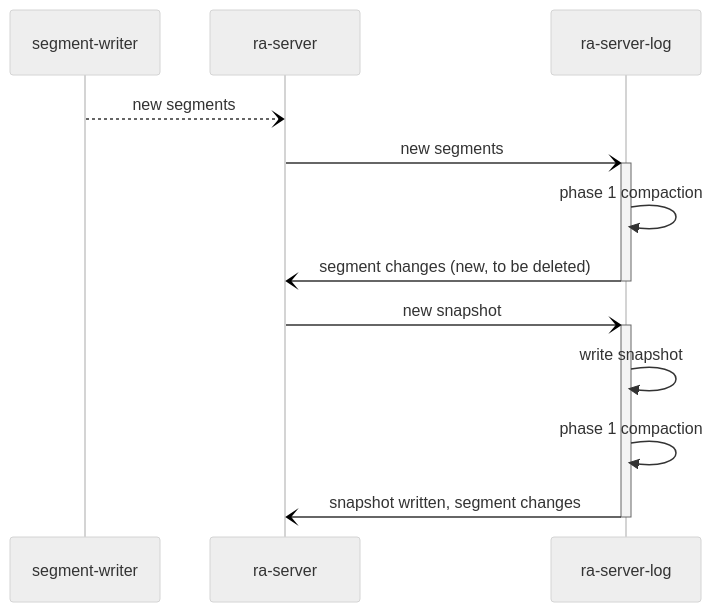
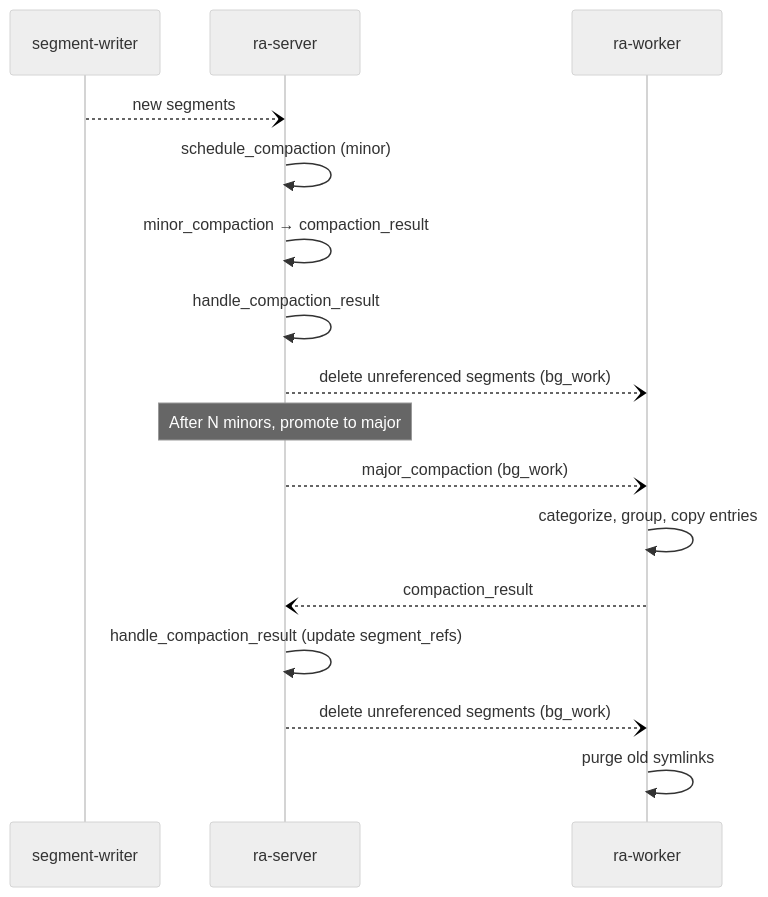
Before and after one commit to rabbitmq/ra: the diagram in docs/internals/COMPACTION.md, drawn with Mermaid (neutral theme). The commit also changed other lines of this file, not shown here.

````diff
--- a/docs/internals/COMPACTION.md
+++ b/docs/internals/COMPACTION.md
@@ -141,15 +204,21 @@
 ```mermaid
 sequenceDiagram
     participant segment-writer
     participant ra-server
-    participant ra-server-log
+    participant ra-worker
 
     segment-writer--)ra-server: new segments
-    ra-server-)+ra-server-log: new segments
-    ra-server-log->>ra-server-log: phase 1 compaction
-    ra-server-log-)-ra-server: segment changes (new, to be deleted)
-    ra-server-)+ra-server-log: new snapshot
-    ra-server-log->>ra-server-log: write snapshot
-    ra-server-log->>ra-server-log: phase 1 compaction
-    ra-server-log-)-ra-server: snapshot written, segment changes
+    ra-server->>ra-server: schedule_compaction (minor)
+    ra-server->>ra-server: minor_compaction → compaction_result
+    ra-server->>ra-server: handle_compaction_result
+    ra-server--)ra-worker: delete unreferenced segments (bg_work)
+    
+    Note over ra-server: After N minors, promote to major
+    
+    ra-server--)ra-worker: major_compaction (bg_work)
+    ra-worker->>ra-worker: categorize, group, copy entries
+    ra-worker--)ra-server: compaction_result
+    ra-server->>ra-server: handle_compaction_result (update segment_refs)
+    ra-server--)ra-worker: delete unreferenced segments (bg_work)
+    ra-worker->>ra-worker: purge old symlinks
 ```
````
